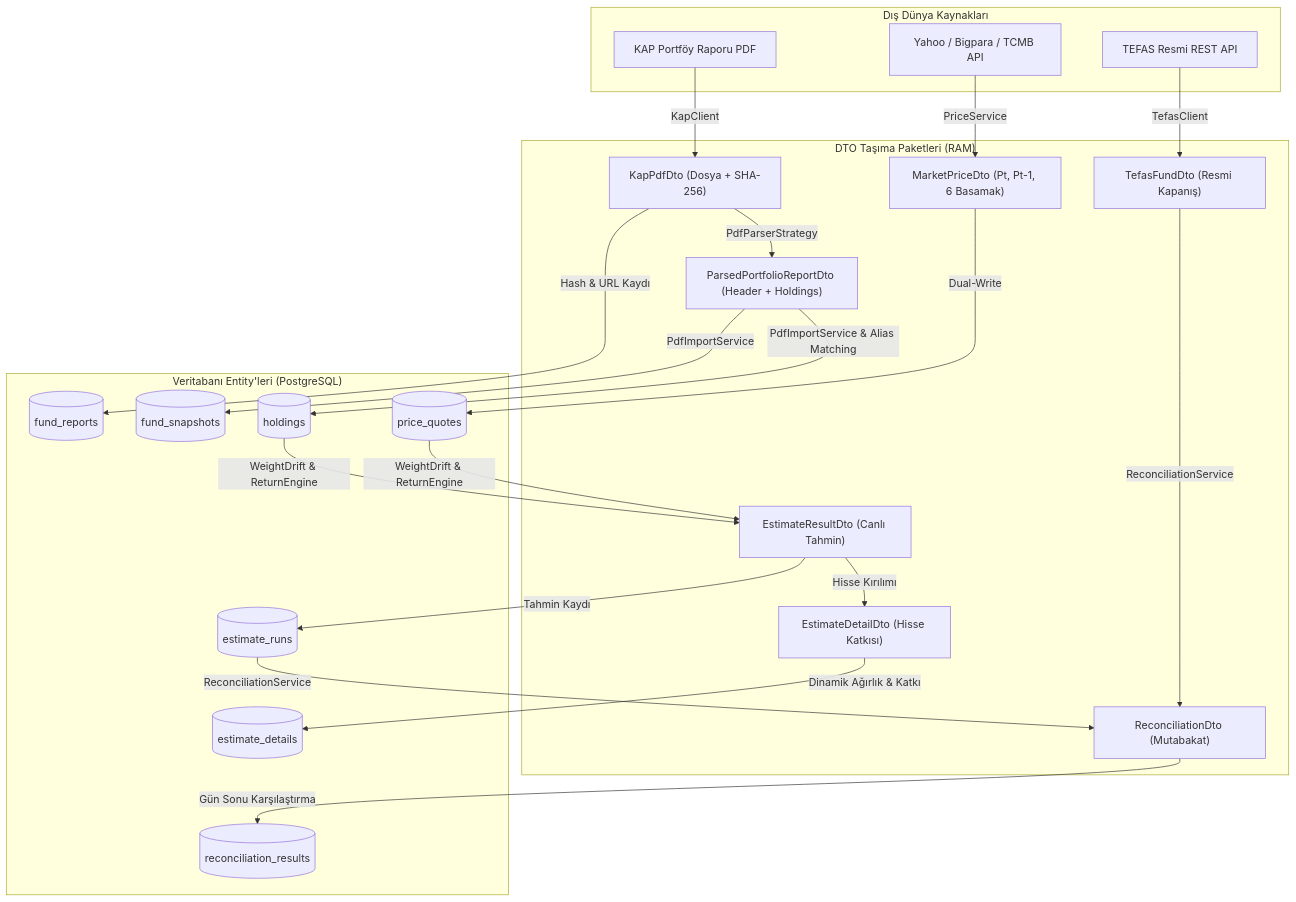
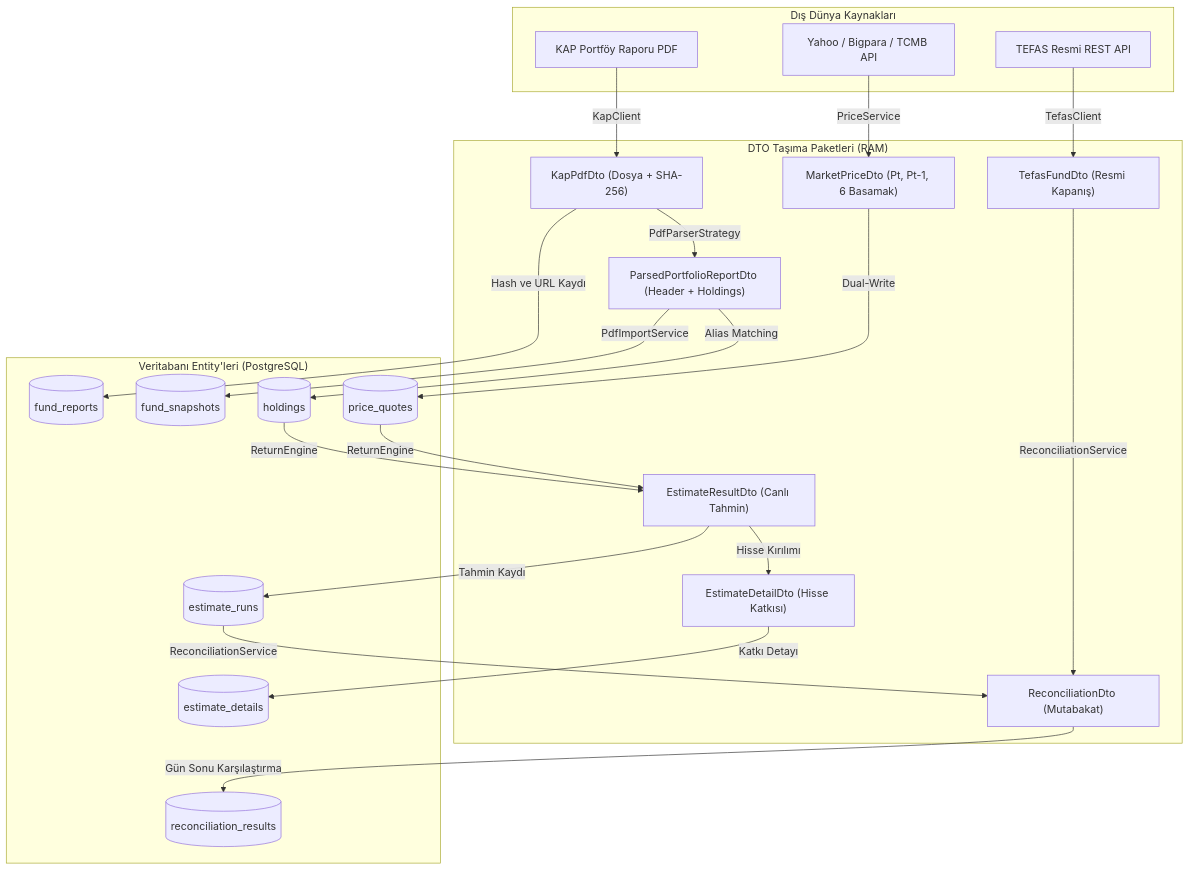
Before and after one commit to yakup-yilmaz/fonmap-stajprojesi: the fourth of 4 diagrams in README.md, drawn with Mermaid. The commit also changed other lines of this file, not shown here.

Commit message:
docs: fix Mermaid syntax and LaTeX math formatting in README

````diff
--- a/README.md
+++ b/README.md
@@ -267,46 +272,48 @@
 ```mermaid
 flowchart TD
     subgraph DIS_DUNYA["Dış Dünya Kaynakları"]
-        A1[KAP Portföy Raporu PDF]
-        A2[Yahoo / Bigpara / TCMB API]
-        A3[TEFAS Resmi REST API]
+        A1["KAP Portföy Raporu PDF"]
+        A2["Yahoo / Bigpara / TCMB API"]
+        A3["TEFAS Resmi REST API"]
     end
 
     subgraph DTO_KATMANI["DTO Taşıma Paketleri (RAM)"]
         B1["KapPdfDto (Dosya + SHA-256)"]
         B2["ParsedPortfolioReportDto (Header + Holdings)"]
         B3["MarketPriceDto (Pt, Pt-1, 6 Basamak)"]
         B4["EstimateResultDto (Canlı Tahmin)"]
         B5["EstimateDetailDto (Hisse Katkısı)"]
         B6["TefasFundDto (Resmi Kapanış)"]
         B7["ReconciliationDto (Mutabakat)"]
     end
 
     subgraph ENTITY_KATMANI["Veritabanı Entity'leri (PostgreSQL)"]
         C1[(fund_reports)]
         C2[(fund_snapshots)]
         C3[(holdings)]
         C4[(price_quotes)]
         C5[(estimate_runs)]
         C6[(estimate_details)]
         C7[(reconciliation_results)]
     end
 
     A1 -->|KapClient| B1
     B1 -->|PdfParserStrategy| B2
-    B1 -->|Hash & URL Kaydı| C1
+    B1 -->|"Hash ve URL Kaydı"| C1
     B2 -->|PdfImportService| C2
-    B2 -->|PdfImportService & Alias Matching| C3
+    B2 -->|"Alias Matching"| C3
     
     A2 -->|PriceService| B3
     B3 -->|Dual-Write| C4
     
-    C3 & C4 -->|WeightDrift & ReturnEngine| B4
+    C3 -->|"ReturnEngine"| B4
+    C4 -->|"ReturnEngine"| B4
     B4 -->|Hisse Kırılımı| B5
     B4 -->|Tahmin Kaydı| C5
-    B5 -->|Dinamik Ağırlık & Katkı| C6
+    B5 -->|"Katkı Detayı"| C6
     
     A3 -->|TefasClient| B6
-    B6 & C5 -->|ReconciliationService| B7
+    B6 -->|ReconciliationService| B7
+    C5 -->|ReconciliationService| B7
     B7 -->|Gün Sonu Karşılaştırma| C7
 ```
````
